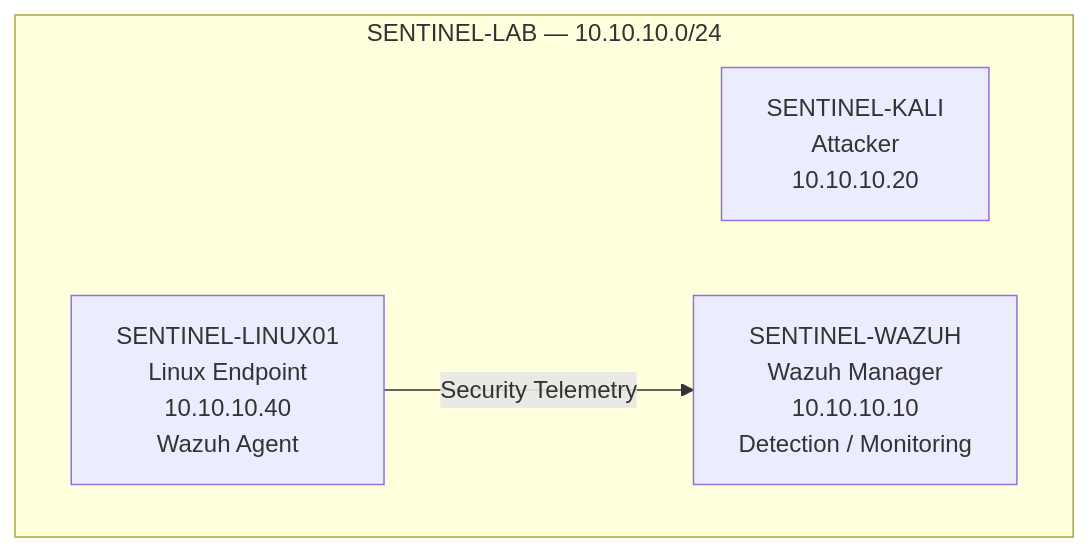
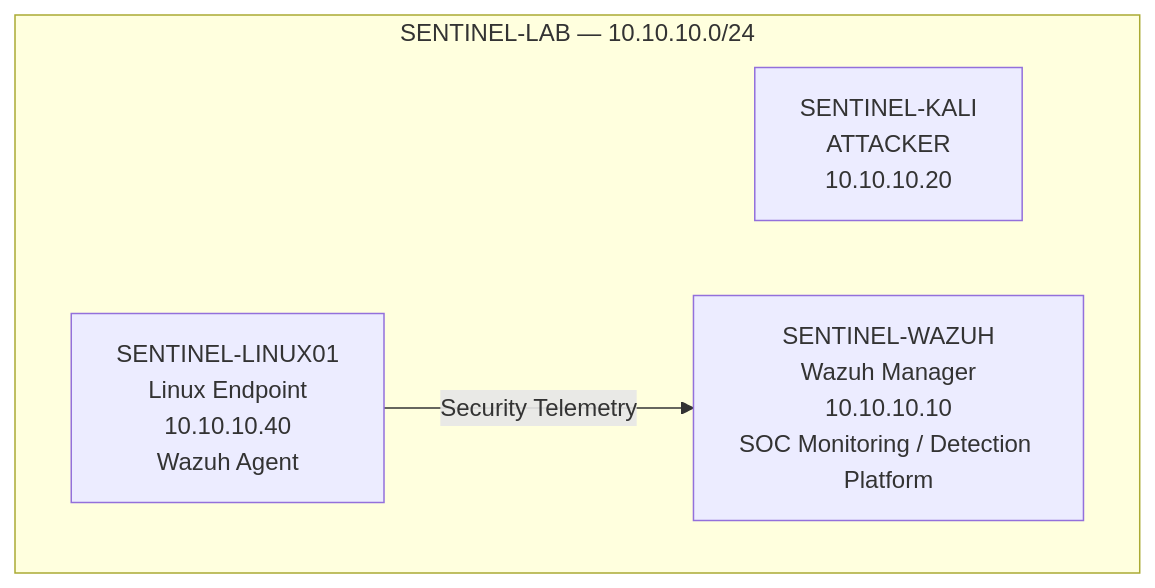
The first of 4 diagrams in evidence/v0.2/infrastructure-and-telemetry-foundation.md (andyydz/sentinel-soc-lab), drawn with Mermaid before and after one commit. The commit also changed other lines of this file, not shown here.

````diff
--- a/evidence/v0.2/infrastructure-and-telemetry-foundation.md
+++ b/evidence/v0.2/infrastructure-and-telemetry-foundation.md
@@ -29,9 +21,9 @@
 ```mermaid
 flowchart TB
     subgraph LAB["SENTINEL-LAB — 10.10.10.0/24"]
-        KALI["SENTINEL-KALI<br/>Attacker<br/>10.10.10.20"]
+        KALI["SENTINEL-KALI<br/>ATTACKER<br/>10.10.10.20"]
         LINUX["SENTINEL-LINUX01<br/>Linux Endpoint<br/>10.10.10.40<br/>Wazuh Agent"]
-        WAZUH["SENTINEL-WAZUH<br/>Wazuh Manager<br/>10.10.10.10<br/>Detection / Monitoring"]
+        WAZUH["SENTINEL-WAZUH<br/>Wazuh Manager<br/>10.10.10.10<br/>SOC Monitoring / Detection Platform"]
     end
     LINUX -->|Security Telemetry| WAZUH
 ```
````
